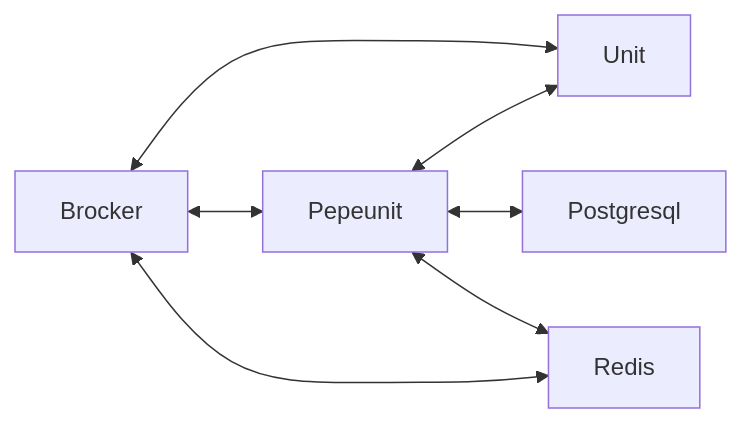
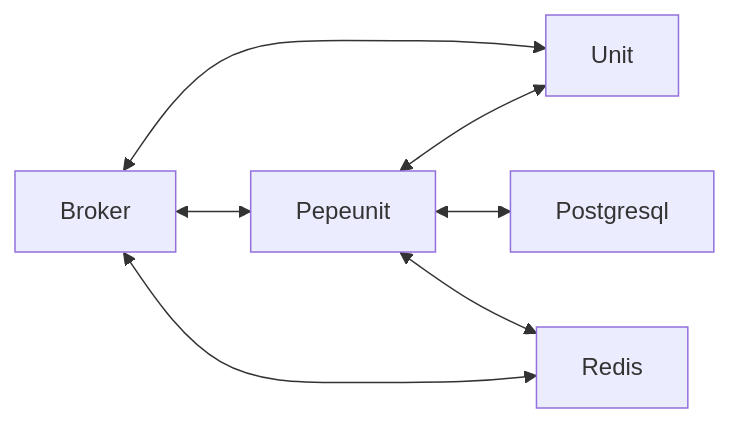
Before and after one commit to w7a8n1y4a/pepeunit: the diagram in docs/deployment/dependencies.md, drawn with Mermaid. The commit also changed 6 other files, not shown here.

````diff
--- a/docs/deployment/dependencies.md
+++ b/docs/deployment/dependencies.md
@@ -34,9 +34,9 @@
 ```mermaid
 flowchart LR
-  Brocker <--> Unit
-  Brocker <--> Pepeunit
+  Broker <--> Unit
+  Broker <--> Pepeunit
   Pepeunit <--> Unit
   Pepeunit <--> Postgresql
-  Brocker <--> Redis
+  Broker <--> Redis
   Pepeunit <--> Redis
 ```
````
